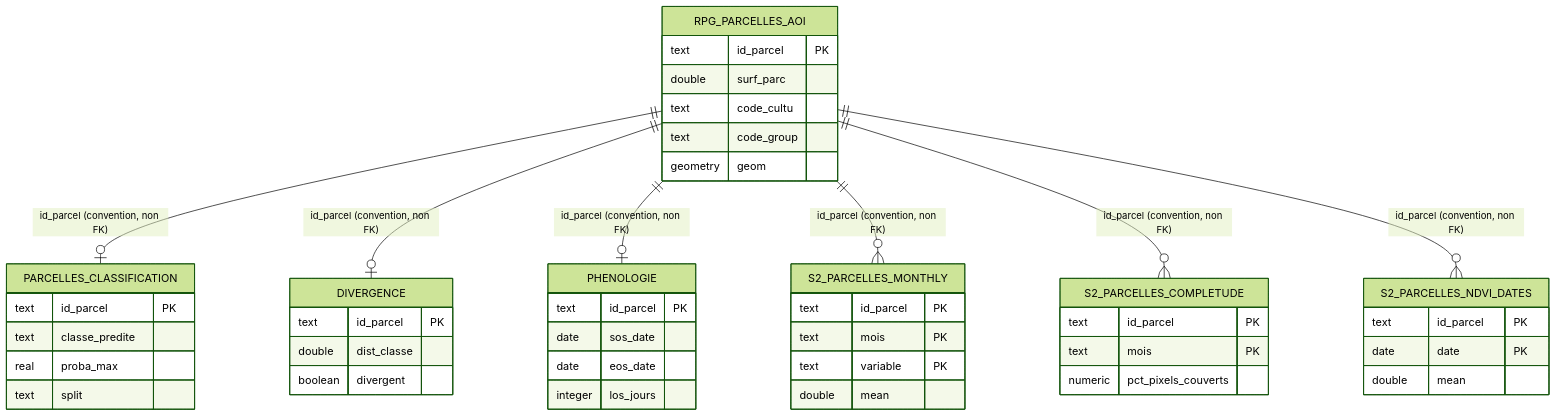
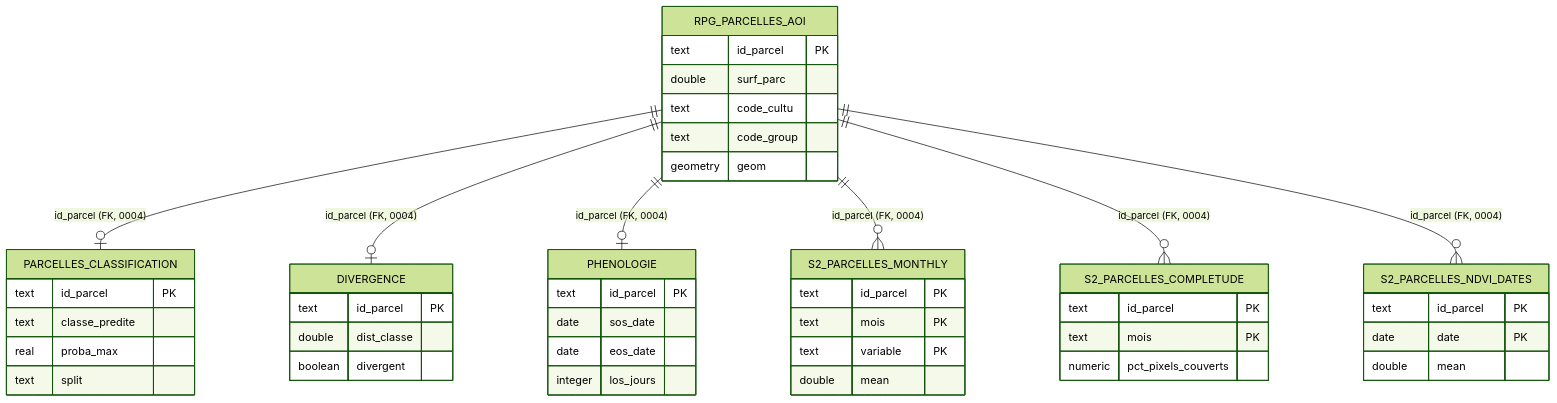
One commit to dominique-rigault/SeineCrops changed the diagram in docs/dictionnaire_donnees_postgis.md. Above: the diagram before and after it, drawn with Mermaid (forest theme). The commit also changed other lines of this file, not shown here.

````diff
--- a/docs/dictionnaire_donnees_postgis.md
+++ b/docs/dictionnaire_donnees_postgis.md
@@ -197,50 +206,50 @@
 ```mermaid
 erDiagram
-    RPG_PARCELLES_AOI ||--o| PARCELLES_CLASSIFICATION : "id_parcel (convention, non FK)"
-    RPG_PARCELLES_AOI ||--o| DIVERGENCE : "id_parcel (convention, non FK)"
-    RPG_PARCELLES_AOI ||--o| PHENOLOGIE : "id_parcel (convention, non FK)"
-    RPG_PARCELLES_AOI ||--o{ S2_PARCELLES_MONTHLY : "id_parcel (convention, non FK)"
-    RPG_PARCELLES_AOI ||--o{ S2_PARCELLES_COMPLETUDE : "id_parcel (convention, non FK)"
-    RPG_PARCELLES_AOI ||--o{ S2_PARCELLES_NDVI_DATES : "id_parcel (convention, non FK)"
+    RPG_PARCELLES_AOI ||--o| PARCELLES_CLASSIFICATION : "id_parcel (FK, 0004)"
+    RPG_PARCELLES_AOI ||--o| DIVERGENCE : "id_parcel (FK, 0004)"
+    RPG_PARCELLES_AOI ||--o| PHENOLOGIE : "id_parcel (FK, 0004)"
+    RPG_PARCELLES_AOI ||--o{ S2_PARCELLES_MONTHLY : "id_parcel (FK, 0004)"
+    RPG_PARCELLES_AOI ||--o{ S2_PARCELLES_COMPLETUDE : "id_parcel (FK, 0004)"
+    RPG_PARCELLES_AOI ||--o{ S2_PARCELLES_NDVI_DATES : "id_parcel (FK, 0004)"
 
     RPG_PARCELLES_AOI {
         text id_parcel PK
         double surf_parc
         text code_cultu
         text code_group
         geometry geom
     }
     PARCELLES_CLASSIFICATION {
         text id_parcel PK
         text classe_predite
         real proba_max
         text split
     }
     DIVERGENCE {
         text id_parcel PK
         double dist_classe
         boolean divergent
     }
     PHENOLOGIE {
         text id_parcel PK
         date sos_date
         date eos_date
         integer los_jours
     }
     S2_PARCELLES_MONTHLY {
         text id_parcel PK
         text mois PK
         text variable PK
         double mean
     }
     S2_PARCELLES_COMPLETUDE {
         text id_parcel PK
         text mois PK
         numeric pct_pixels_couverts
     }
     S2_PARCELLES_NDVI_DATES {
         text id_parcel PK
         date date PK
         double mean
     }
 ```
````
